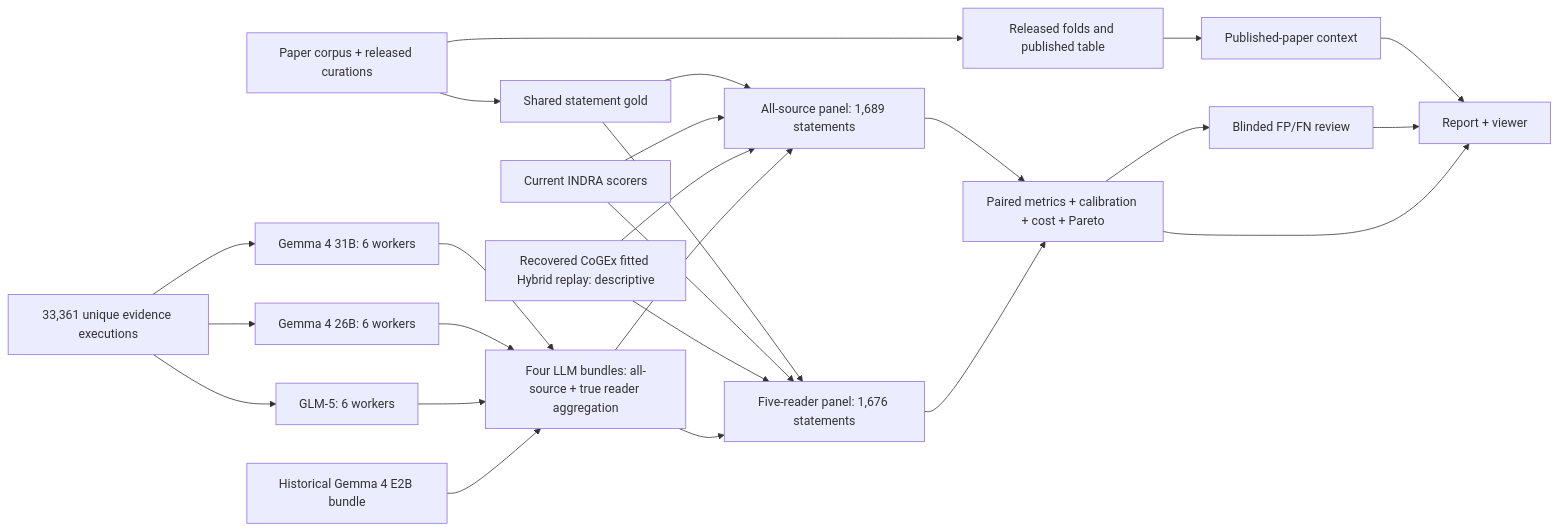
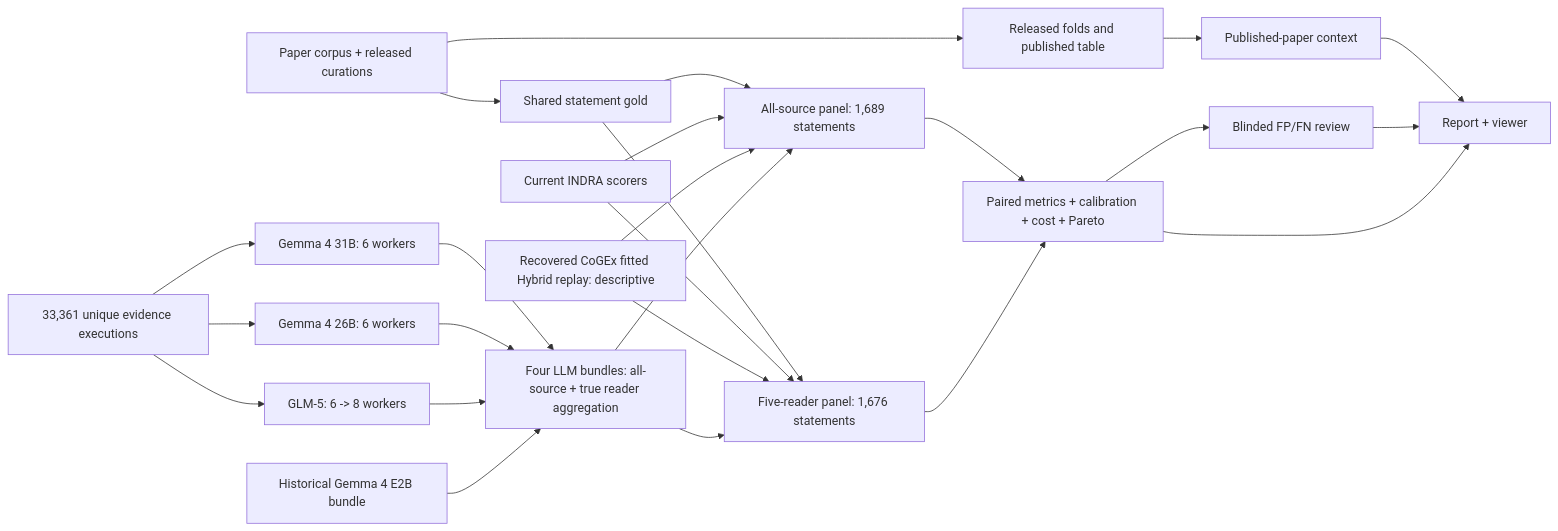
The diagram in research/indra_belief_comparison.md (gyorilab/indra-belief-model), drawn with Mermaid before and after one commit. The commit also changed other lines of this file and 9 other files, not shown here.

````diff
--- a/research/indra_belief_comparison.md
+++ b/research/indra_belief_comparison.md
@@ -58,30 +62,30 @@
 ```mermaid
 flowchart LR
   P[Paper corpus + released curations] --> G[Shared statement gold]
   P --> F[Released folds and published table]
   G --> A[All-source panel: 1,689 statements]
   G --> R[Five-reader panel: 1,676 statements]
 
   I[Current INDRA scorers] --> A
   I --> R
   H[Recovered CoGEx fitted Hybrid replay: descriptive] --> A
   H --> R
 
   X[33,361 unique evidence executions] --> G31[Gemma 4 31B: 6 workers]
   X --> G26[Gemma 4 26B: 6 workers]
-  X --> GLM[GLM-5: 6 workers]
+  X --> GLM[GLM-5: 6 -> 8 workers]
   G31 --> B[Four LLM bundles: all-source + true reader aggregation]
   G26 --> B
   GLM --> B
   E[Historical Gemma 4 E2B bundle] --> B
   B --> A
   B --> R
 
   A --> M[Paired metrics + calibration + cost + Pareto]
   R --> M
   F --> C[Published-paper context]
   M --> Q[Blinded FP/FN review]
   C --> O[Report + viewer]
   Q --> O
   M --> O
 ```
````
